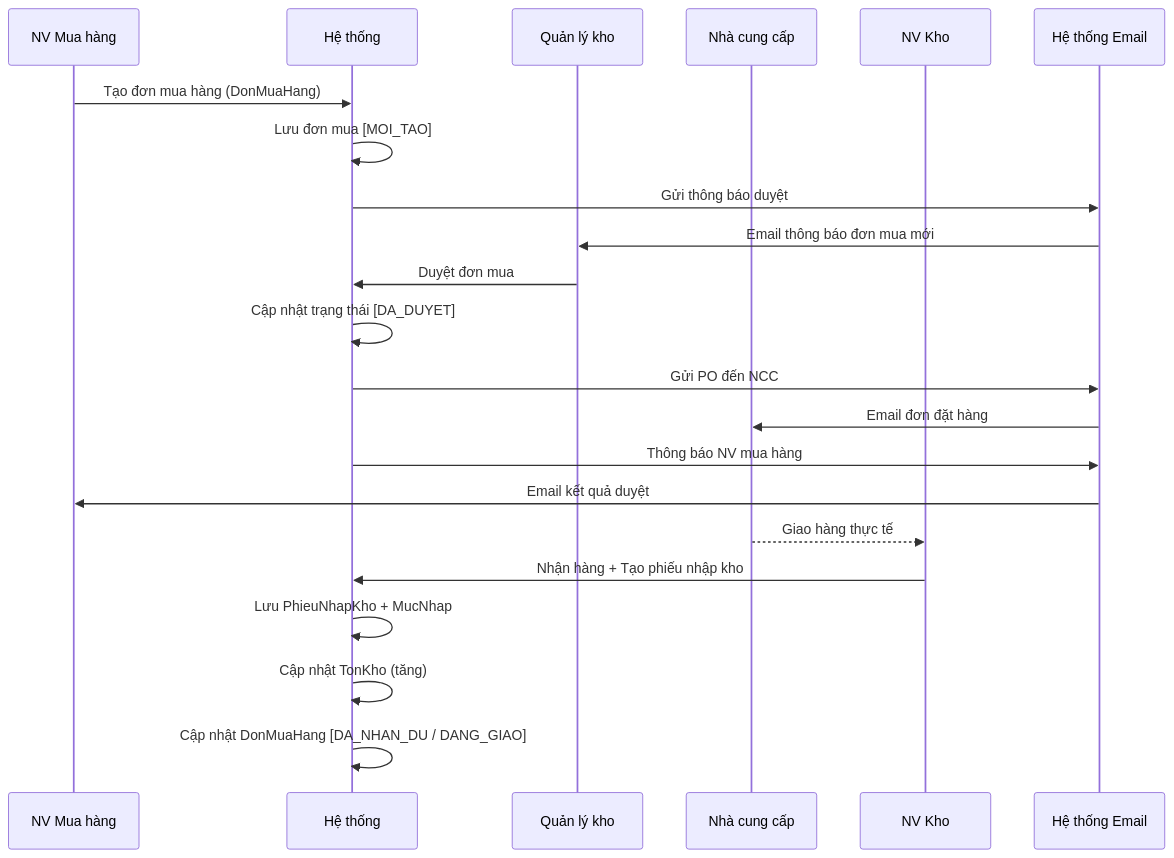
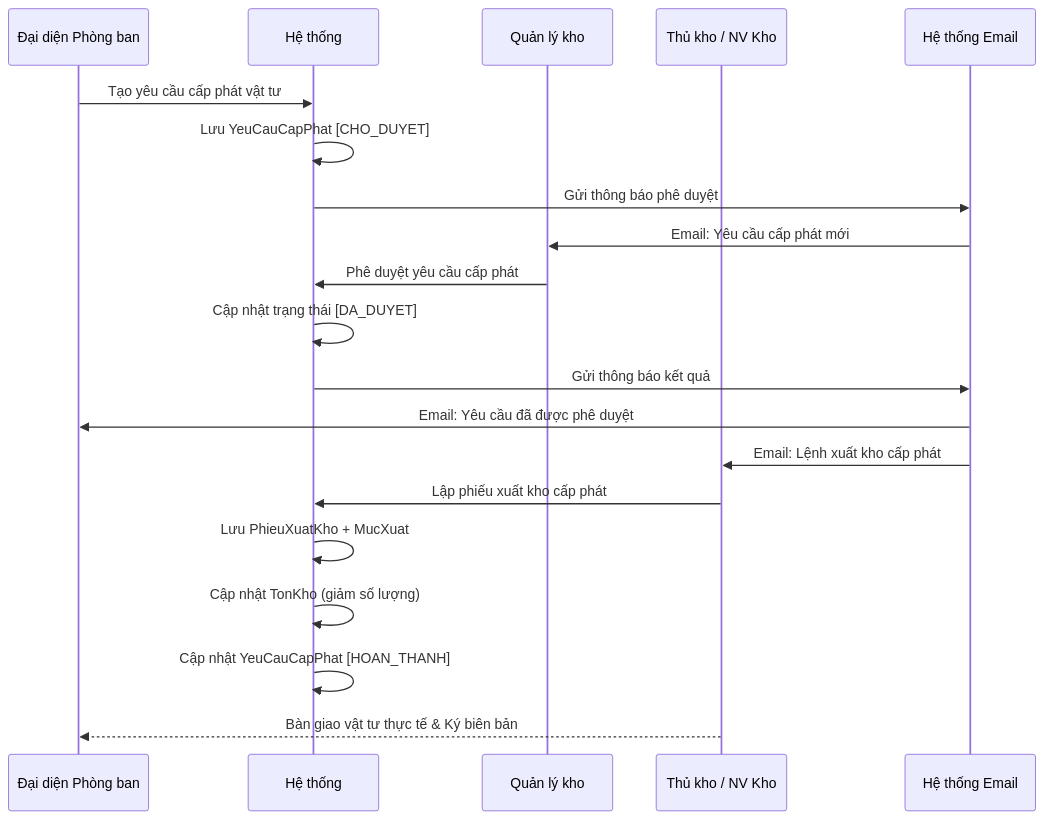
Before and after one commit to vuhoabinh2416137/G8_Quanlysanphamvakhohang: the second of 2 diagrams in BTL-QuanLyKhoHang/docs/17-functional-model.md, drawn with Mermaid. The commit also changed other lines of this file and 73 other files, not shown here.

Commit message:
refactor: chuyen doi toan bo du an sang Quan ly Kho vat tu noi bo to chuc va bo sung ke hoach phan cong 7 thanh vien

````diff
--- a/BTL-QuanLyKhoHang/docs/17-functional-model.md
+++ b/BTL-QuanLyKhoHang/docs/17-functional-model.md
@@ -530,27 +303,25 @@
 ```mermaid
 sequenceDiagram
-    participant NV_MH as NV Mua hàng
+    participant PB as Đại diện Phòng ban
     participant HT as Hệ thống
     participant QLK as Quản lý kho
-    participant NCC as Nhà cung cấp
-    participant NV_K as NV Kho
+    participant NV_K as Thủ kho / NV Kho
     participant EMAIL as Hệ thống Email
 
-    NV_MH->>HT: Tạo đơn mua hàng (DonMuaHang)
-    HT->>HT: Lưu đơn mua [MOI_TAO]
-    HT->>EMAIL: Gửi thông báo duyệt
-    EMAIL->>QLK: Email thông báo đơn mua mới
+    PB->>HT: Tạo yêu cầu cấp phát vật tư
+    HT->>HT: Lưu YeuCauCapPhat [CHO_DUYET]
+    HT->>EMAIL: Gửi thông báo phê duyệt
+    EMAIL->>QLK: Email: Yêu cầu cấp phát mới
 
-    QLK->>HT: Duyệt đơn mua
+    QLK->>HT: Phê duyệt yêu cầu cấp phát
     HT->>HT: Cập nhật trạng thái [DA_DUYET]
-    HT->>EMAIL: Gửi PO đến NCC
-    EMAIL->>NCC: Email đơn đặt hàng
-    HT->>EMAIL: Thông báo NV mua hàng
-    EMAIL->>NV_MH: Email kết quả duyệt
+    HT->>EMAIL: Gửi thông báo kết quả
+    EMAIL->>PB: Email: Yêu cầu đã được phê duyệt
+    EMAIL->>NV_K: Email: Lệnh xuất kho cấp phát
 
-    NCC-->>NV_K: Giao hàng thực tế
-    NV_K->>HT: Nhận hàng + Tạo phiếu nhập kho
-    HT->>HT: Lưu PhieuNhapKho + MucNhap
-    HT->>HT: Cập nhật TonKho (tăng)
-    HT->>HT: Cập nhật DonMuaHang [DA_NHAN_DU / DANG_GIAO]
+    NV_K->>HT: Lập phiếu xuất kho cấp phát
+    HT->>HT: Lưu PhieuXuatKho + MucXuat
+    HT->>HT: Cập nhật TonKho (giảm số lượng)
+    HT->>HT: Cập nhật YeuCauCapPhat [HOAN_THANH]
+    NV_K-->>PB: Bàn giao vật tư thực tế & Ký biên bản
 ```
````
